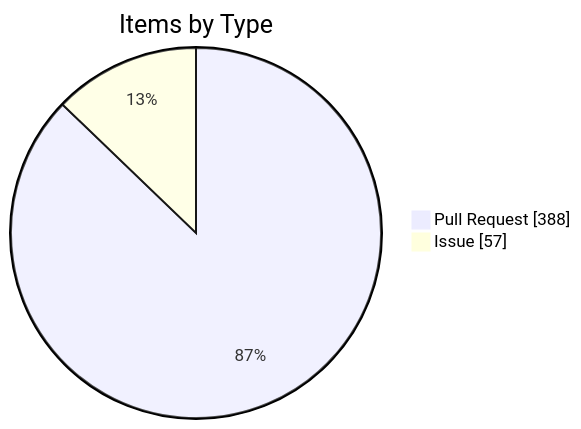
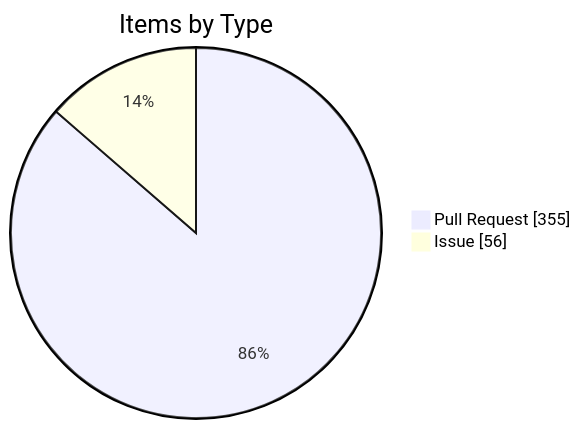
The fourth of 4 diagrams in apps/kbve/astro-kbve/src/content/docs/dashboard/kanban-data.mdx (KBVE/kbve), drawn with Mermaid before and after one commit. The commit also changed other lines of this file and 7 other files, not shown here.

````diff
--- a/apps/kbve/astro-kbve/src/content/docs/dashboard/kanban-data.mdx
+++ b/apps/kbve/astro-kbve/src/content/docs/dashboard/kanban-data.mdx
@@ -115,6 +115,6 @@
 ```mermaid
 pie showData
     title Items by Type
-    "Pull Request" : 388
-    "Issue" : 57
+    "Pull Request" : 355
+    "Issue" : 56
 ```
````
